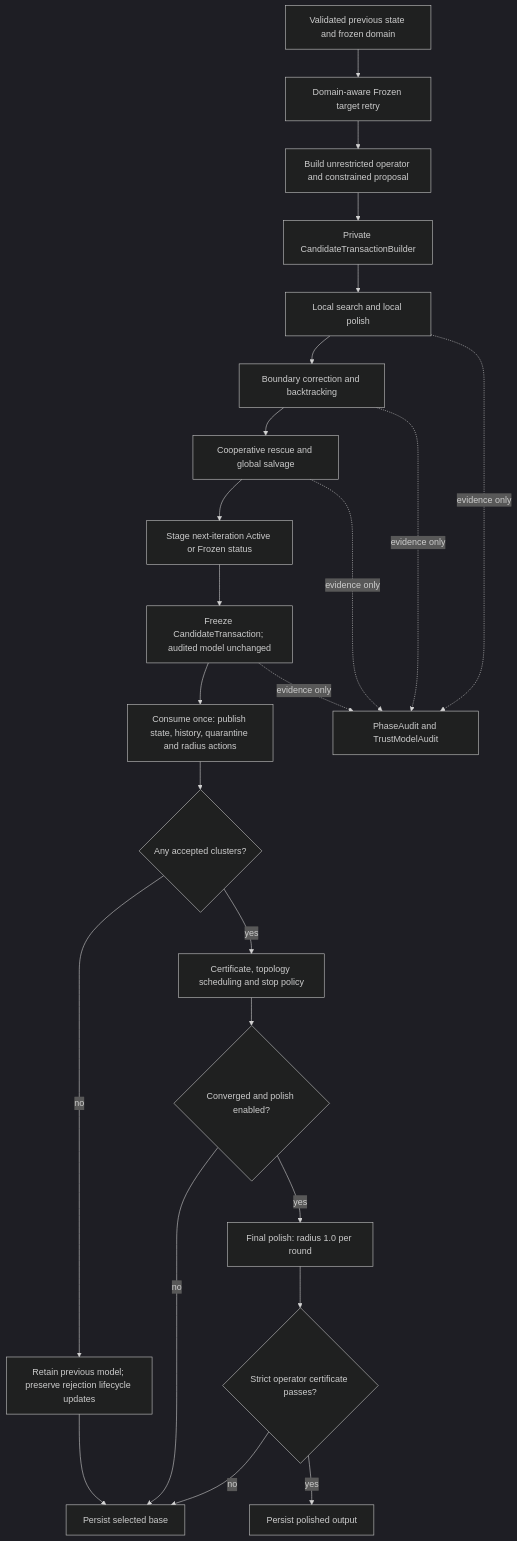
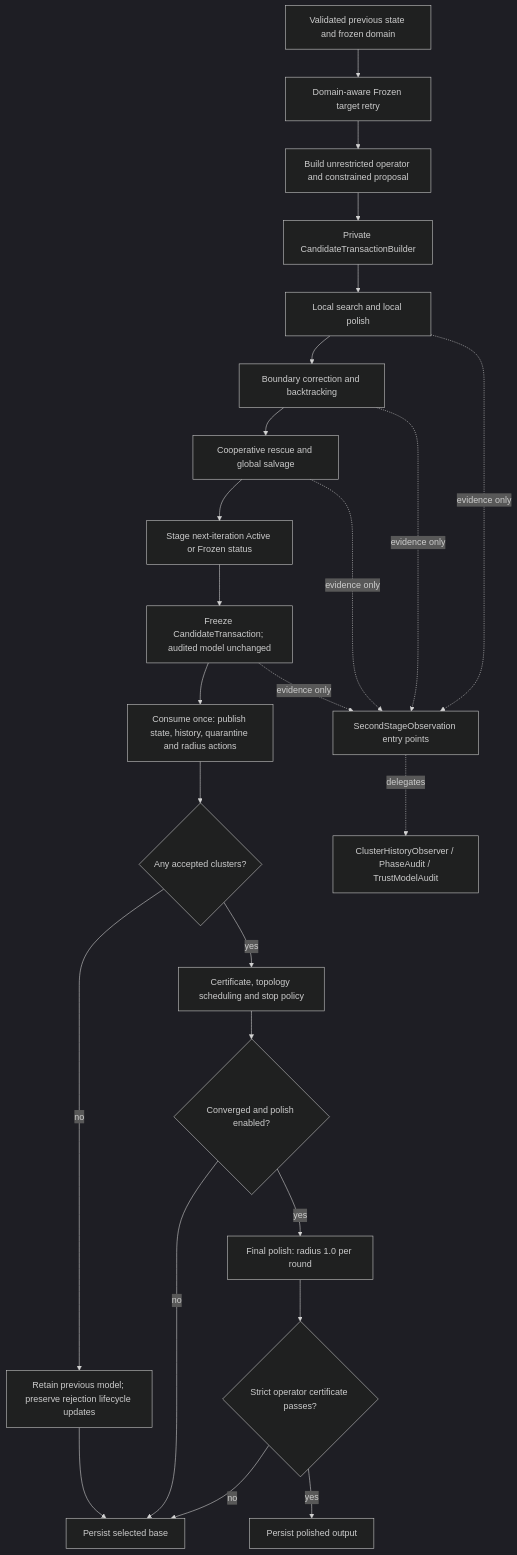
Before and after one commit to yslianTim/rhbm_gem: the diagram in docs/developer/second-stage-p0-structure.md, drawn with Mermaid (dark theme). The commit also changed other lines of this file and 19 other files, not shown here.

Commit message:
Add SecondStageObservation

````diff
--- a/docs/developer/second-stage-p0-structure.md
+++ b/docs/developer/second-stage-p0-structure.md
@@ -17,26 +17,27 @@
 ```mermaid
 flowchart TD
     A[Validated previous state and frozen domain] --> U[Domain-aware Frozen target retry]
     U --> B[Build unrestricted operator and constrained proposal]
     B --> C[Private CandidateTransactionBuilder]
     C --> D[Local search and local polish]
     D --> E[Boundary correction and backtracking]
     E --> F[Cooperative rescue and global salvage]
     F --> G[Stage next-iteration Active or Frozen status]
     G --> J[Freeze CandidateTransaction; audited model unchanged]
     J --> K[Consume once: publish state, history, quarantine and radius actions]
     K --> L{Any accepted clusters?}
     L -- no --> M[Retain previous model; preserve rejection lifecycle updates]
     L -- yes --> N[Certificate, topology scheduling and stop policy]
     N --> O{Converged and polish enabled?}
     M --> P[Persist selected base]
     O -- no --> P
     O -- yes --> R[Final polish: radius 1.0 per round]
     R --> S{Strict operator certificate passes?}
     S -- no --> P
     S -- yes --> T[Persist polished output]
-    D -. evidence only .-> Q[PhaseAudit and TrustModelAudit]
+    D -. evidence only .-> Q[SecondStageObservation entry points]
     E -. evidence only .-> Q
     F -. evidence only .-> Q
     J -. evidence only .-> Q
+    Q -. delegates .-> V[ClusterHistoryObserver / PhaseAudit / TrustModelAudit]
 ```
````
